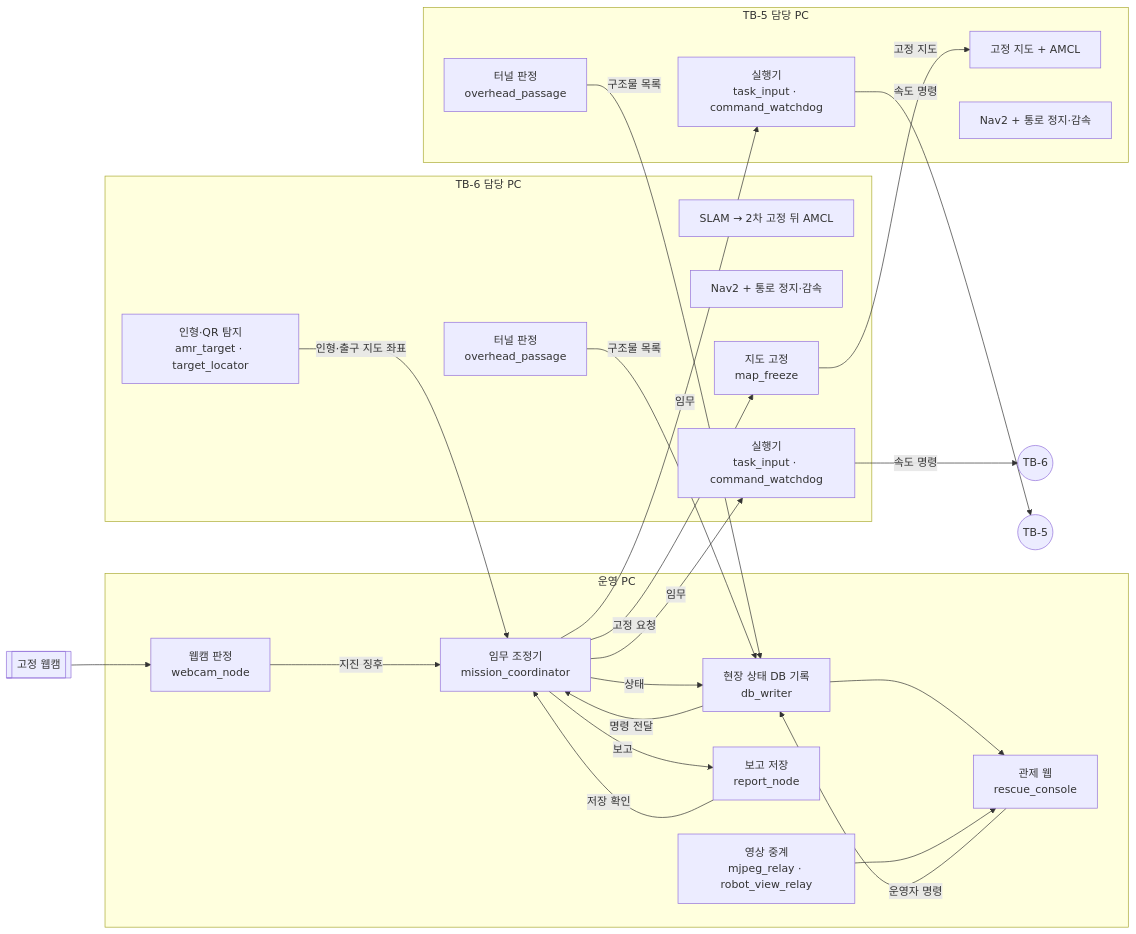
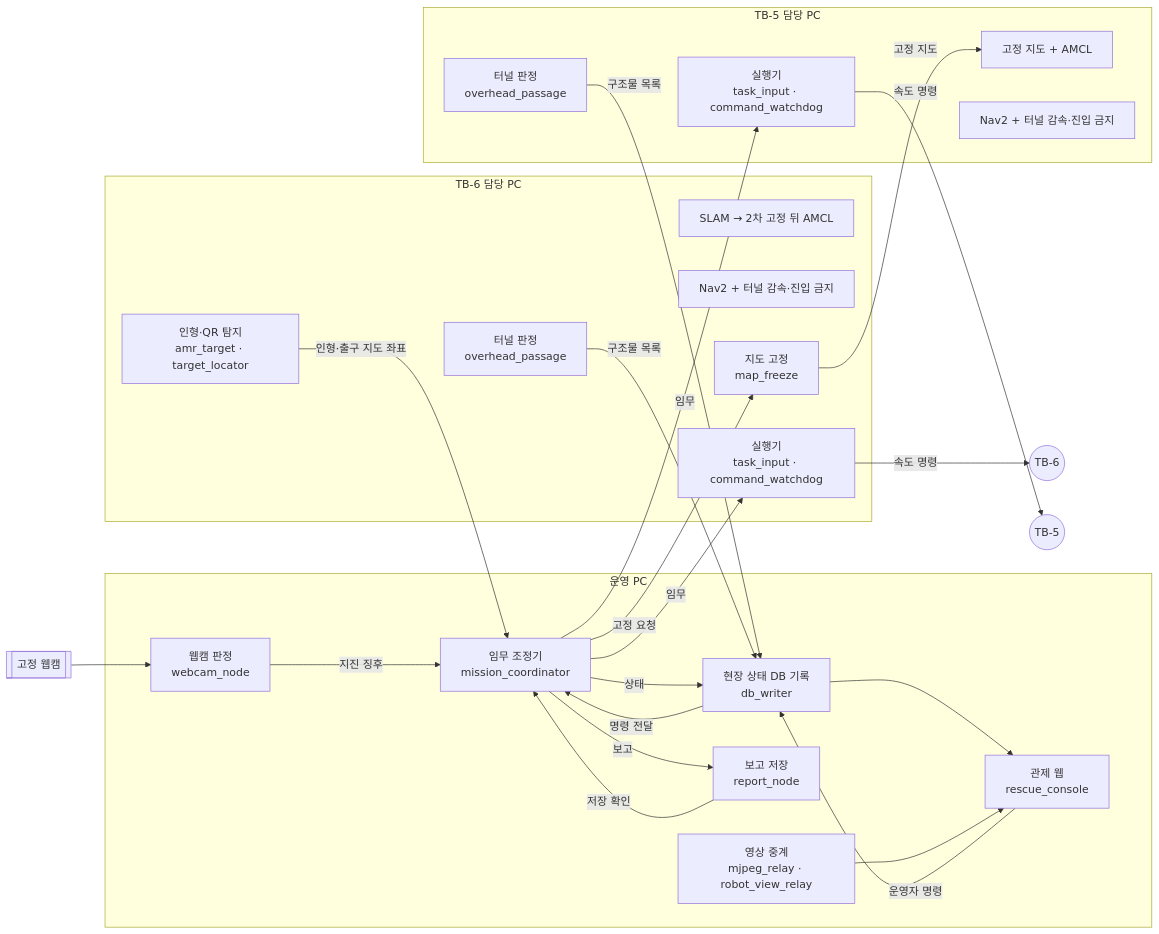
One commit to mi1nn/ROKEY-7-public changed the first of 3 diagrams in docs/design/architecture.md. Above: the diagram before and after it, drawn with Mermaid. The commit also changed other lines of this file and 17 other files, not shown here.

````diff
--- a/docs/design/architecture.md
+++ b/docs/design/architecture.md
@@ -15,44 +15,44 @@
 ```mermaid
 flowchart LR
   subgraph OPS[운영 PC]
     WEBCAM[웹캠 판정<br/>webcam_node]
     COORD[임무 조정기<br/>mission_coordinator]
     DB[현장 상태 DB 기록<br/>db_writer]
     REP[보고 저장<br/>report_node]
     RELAY[영상 중계<br/>mjpeg_relay · robot_view_relay]
     WEB[관제 웹<br/>rescue_console]
   end
   subgraph PC6[TB-6 담당 PC]
     SLAM6[SLAM → 2차 고정 뒤 AMCL]
-    NAV6[Nav2 + 통로 정지·감속]
+    NAV6[Nav2 + 터널 감속·진입 금지]
     EXEC6[실행기<br/>task_input · command_watchdog]
     DET[인형·QR 탐지<br/>amr_target · target_locator]
     FREEZE[지도 고정<br/>map_freeze]
     OH6[터널 판정<br/>overhead_passage]
   end
   subgraph PC5[TB-5 담당 PC]
     AMCL5[고정 지도 + AMCL]
-    NAV5[Nav2 + 통로 정지·감속]
+    NAV5[Nav2 + 터널 감속·진입 금지]
     EXEC5[실행기<br/>task_input · command_watchdog]
     OH5[터널 판정<br/>overhead_passage]
   end
   TB6((TB-6))
   TB5((TB-5))
   CAM[[고정 웹캠]]
 
   CAM --> WEBCAM -- 지진 징후 --> COORD
   DET -- 인형·출구 지도 좌표 --> COORD
   COORD -- 임무 --> EXEC6
   COORD -- 임무 --> EXEC5
   COORD -- 고정 요청 --> FREEZE
   FREEZE -- 고정 지도 --> AMCL5
   EXEC6 -- 속도 명령 --> TB6
   EXEC5 -- 속도 명령 --> TB5
   COORD -- 보고 --> REP -- 저장 확인 --> COORD
   COORD -- 상태 --> DB
   OH6 -- 구조물 목록 --> DB
   OH5 -- 구조물 목록 --> DB
   DB --> WEB
   RELAY --> WEB
   WEB -- 운영자 명령 --> DB -- 명령 전달 --> COORD
 ```
````
